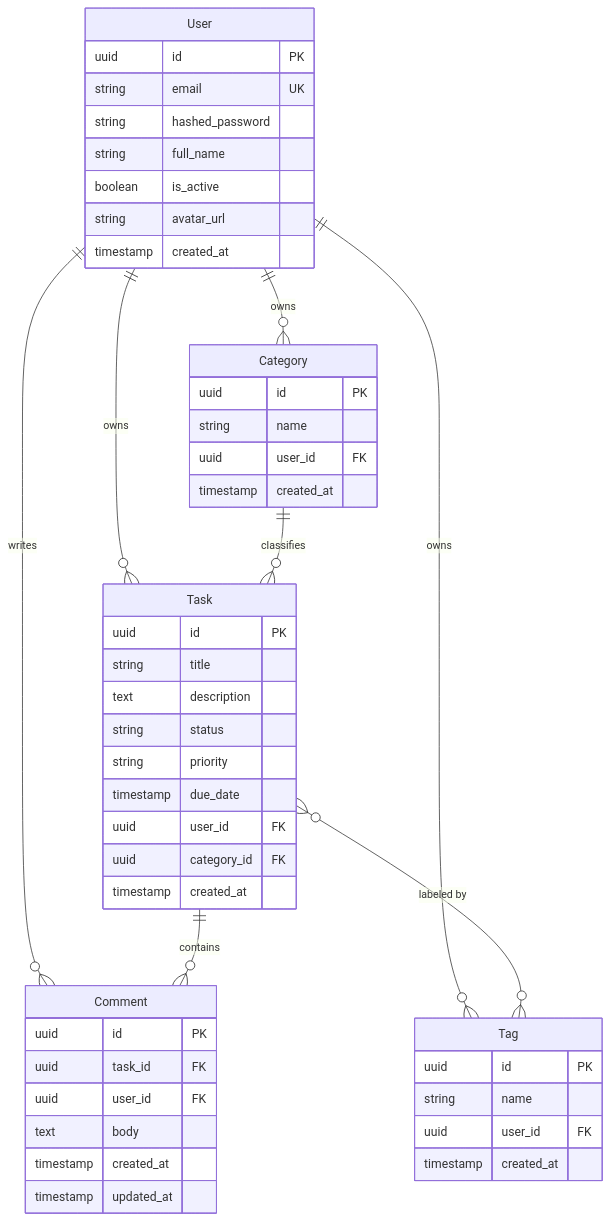
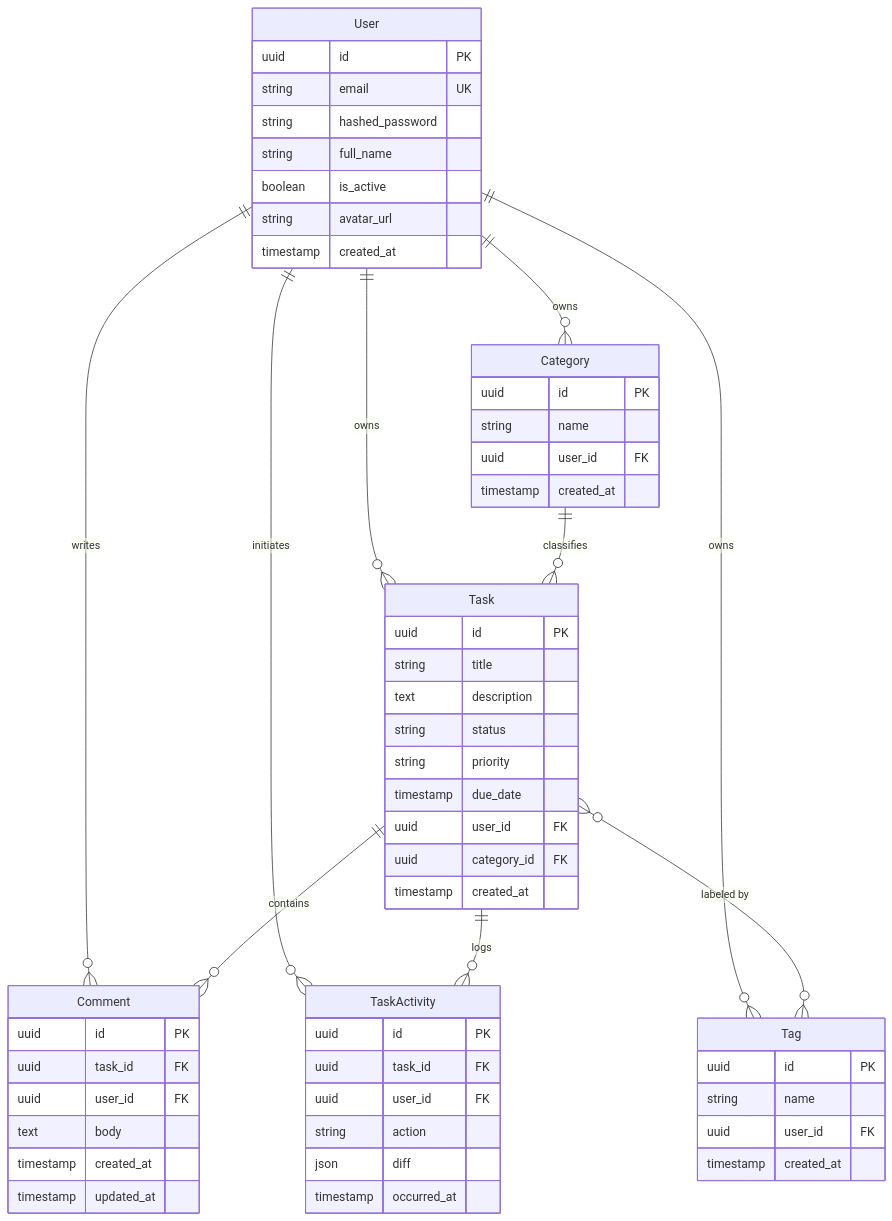
One commit to nandakumar-nandu/TaskFlowAPI changed the first of 5 diagrams in README.md. Above: the diagram before and after it, drawn with Mermaid. The commit also changed other lines of this file and 11 other files, not shown here.

First line of the commit message:
feat: Task activity log and audit trail

````diff
--- a/README.md
+++ b/README.md
@@ -28,51 +28,61 @@
 ```mermaid
 erDiagram
     User ||--o{ Task : "owns"
     User ||--o{ Category : "owns"
     User ||--o{ Tag : "owns"
     User ||--o{ Comment : "writes"
+    User ||--o{ TaskActivity : "initiates"
     Task ||--o{ Comment : "contains"
+    Task ||--o{ TaskActivity : "logs"
     Category ||--o{ Task : "classifies"
     Task }o--o{ Tag : "labeled by"
 
     User {
         uuid id PK
         string email UK
         string hashed_password
         string full_name
         boolean is_active
         string avatar_url
         timestamp created_at
     }
     Task {
         uuid id PK
         string title
         text description
         string status
         string priority
         timestamp due_date
         uuid user_id FK
         uuid category_id FK
         timestamp created_at
     }
     Category {
         uuid id PK
         string name
         uuid user_id FK
         timestamp created_at
     }
     Tag {
         uuid id PK
         string name
         uuid user_id FK
         timestamp created_at
     }
     Comment {
         uuid id PK
         uuid task_id FK
         uuid user_id FK
         text body
         timestamp created_at
         timestamp updated_at
     }
+    TaskActivity {
+        uuid id PK
+        uuid task_id FK
+        uuid user_id FK
+        string action
+        json diff
+        timestamp occurred_at
+    }
 ```
````
